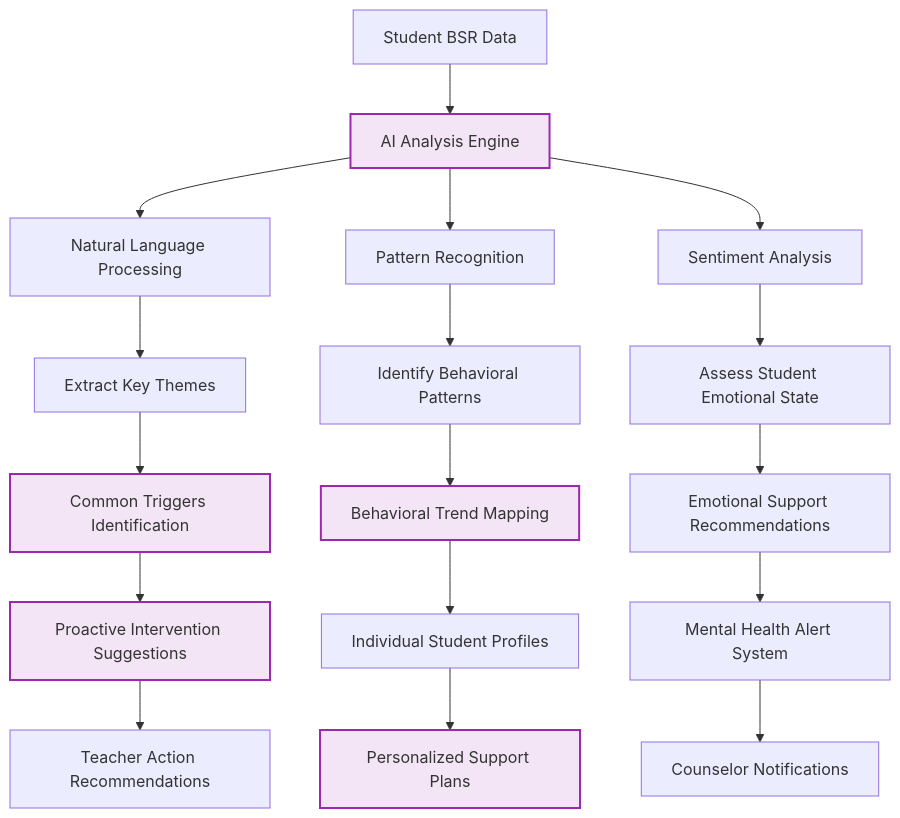
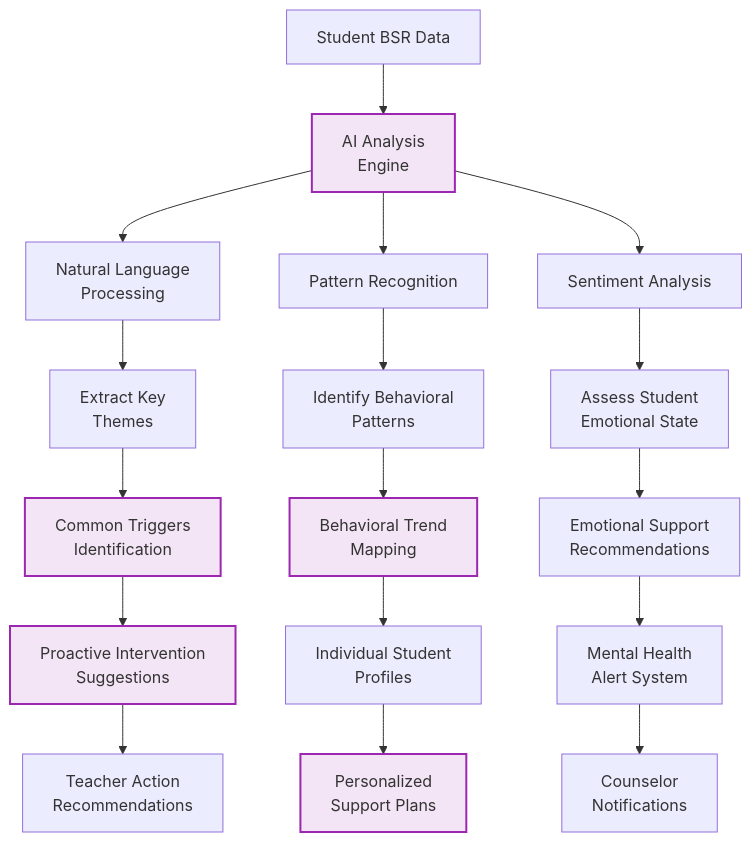
The first of 5 diagrams in docs/flowcharts/Future-Vision/10-behavior-analytics-enhancement.md (Splurfa/bx-os), drawn with Mermaid before and after one commit. The commit also changed 11 other files, not shown here.

Commit message:
Fix flowchart text wrapping

````diff
--- a/docs/flowcharts/Future-Vision/10-behavior-analytics-enhancement.md
+++ b/docs/flowcharts/Future-Vision/10-behavior-analytics-enhancement.md
@@ -7,29 +7,29 @@
 ```mermaid
 flowchart TD
-    A[Student BSR Data] --> B[AI Analysis Engine]
-    B --> C[Natural Language Processing]
+    A[Student BSR Data] --> B[AI Analysis<br/>Engine]
+    B --> C[Natural Language<br/>Processing]
     B --> D[Pattern Recognition]
     B --> E[Sentiment Analysis]
     
-    C --> F[Extract Key Themes]
-    D --> G[Identify Behavioral Patterns]
-    E --> H[Assess Student Emotional State]
+    C --> F[Extract Key<br/>Themes]
+    D --> G[Identify Behavioral<br/>Patterns]
+    E --> H[Assess Student<br/>Emotional State]
     
-    F --> I[Common Triggers Identification]
-    G --> J[Behavioral Trend Mapping]
-    H --> K[Emotional Support Recommendations]
+    F --> I[Common Triggers<br/>Identification]
+    G --> J[Behavioral Trend<br/>Mapping]
+    H --> K[Emotional Support<br/>Recommendations]
     
-    I --> L[Proactive Intervention Suggestions]
-    J --> M[Individual Student Profiles]
-    K --> N[Mental Health Alert System]
+    I --> L[Proactive Intervention<br/>Suggestions]
+    J --> M[Individual Student<br/>Profiles]
+    K --> N[Mental Health<br/>Alert System]
     
-    L --> O[Teacher Action Recommendations]
-    M --> P[Personalized Support Plans]
-    N --> Q[Counselor Notifications]
+    L --> O[Teacher Action<br/>Recommendations]
+    M --> P[Personalized<br/>Support Plans]
+    N --> Q[Counselor<br/>Notifications]
     
     style B fill:#f3e5f5,stroke:#9c27b0,stroke-width:2px
     style I fill:#f3e5f5,stroke:#9c27b0,stroke-width:2px
     style J fill:#f3e5f5,stroke:#9c27b0,stroke-width:2px
     style L fill:#f3e5f5,stroke:#9c27b0,stroke-width:2px
     style P fill:#f3e5f5,stroke:#9c27b0,stroke-width:2px
 ```
````
